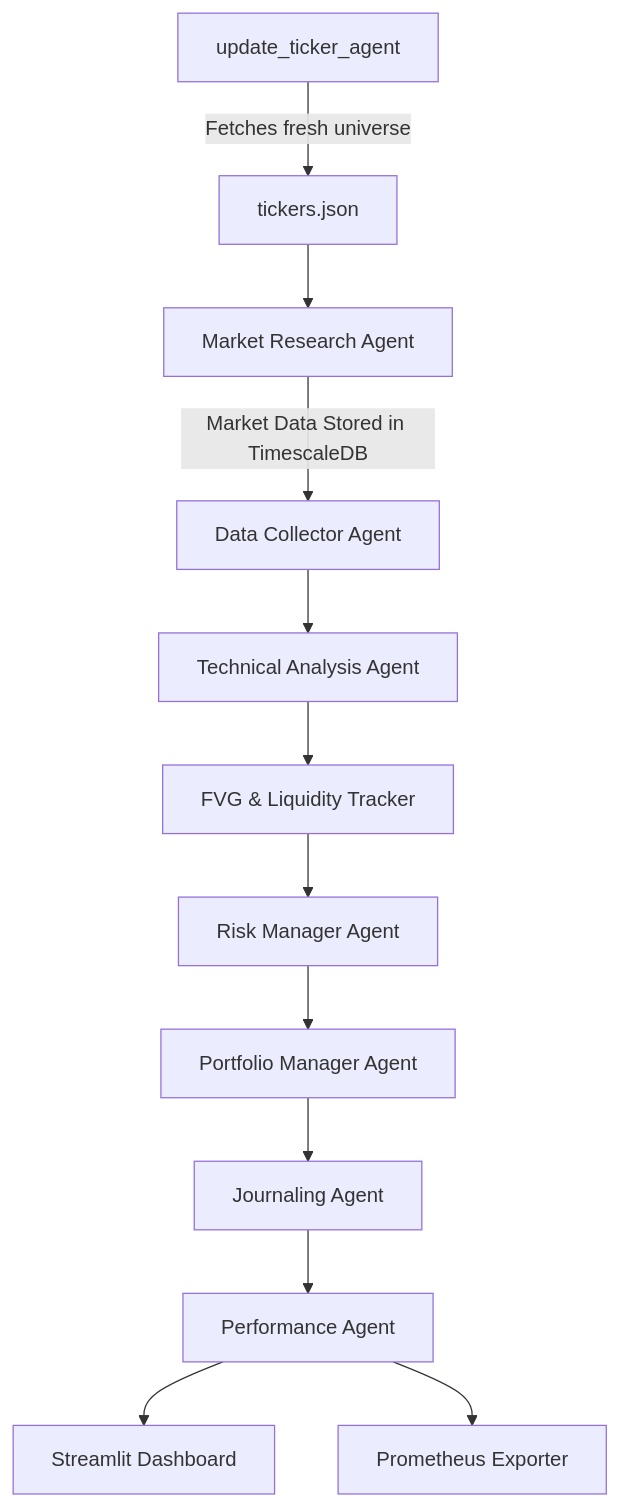
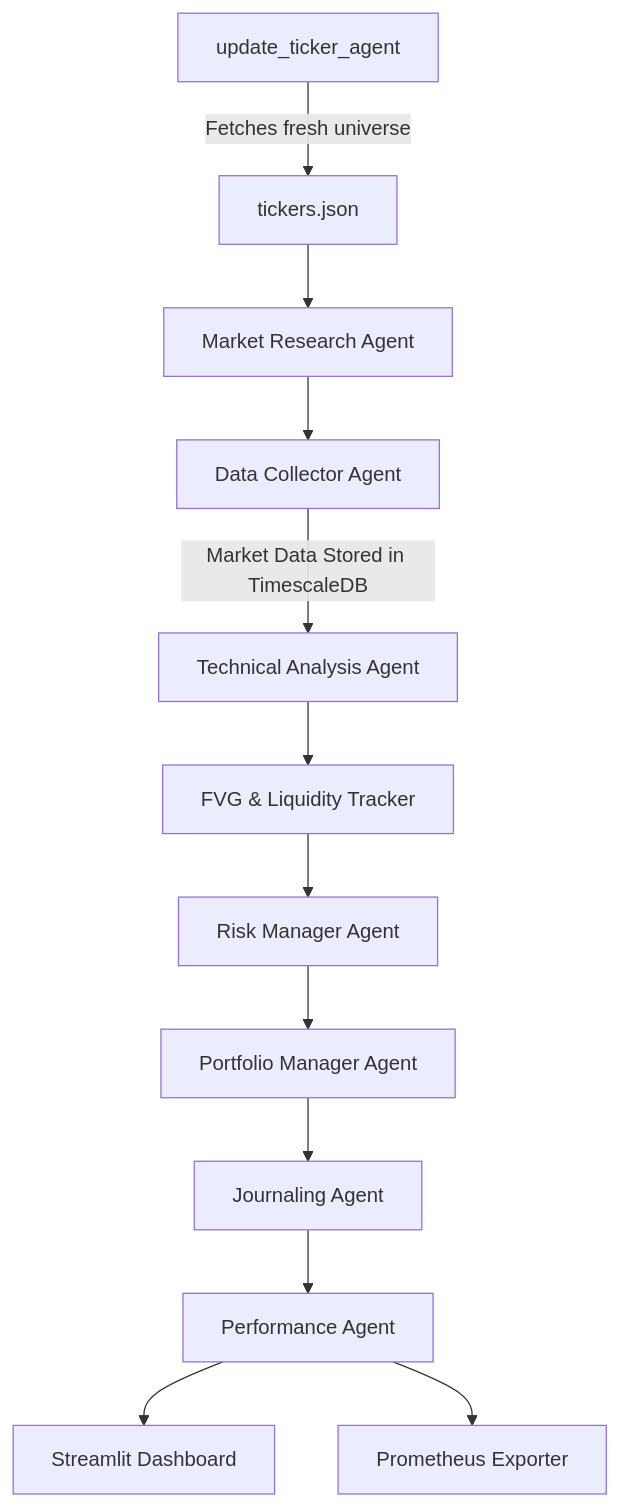
One commit to KaalaAadmi/trading-bot-old changed the diagram in background/og_prd.md. Above: the diagram before and after it, drawn with Mermaid.

Commit message:
fix(prd): fix flow diagram

````diff
--- a/background/og_prd.md
+++ b/background/og_prd.md
@@ -131,13 +131,13 @@
 ```mermaid
 graph TD
 A[update_ticker_agent] -->|Fetches fresh universe| B[tickers.json]
-B --> C[Market Research Agent] -->|Market Data Stored in TimescaleDB| D[Data Collector Agent]
-D --> E[Technical Analysis Agent]
+B --> C[Market Research Agent] --> D[Data Collector Agent]
+D -->|Market Data Stored in TimescaleDB| E[Technical Analysis Agent]
 E --> F[FVG & Liquidity Tracker]
 F --> G[Risk Manager Agent]
 G --> H[Portfolio Manager Agent]
 H --> I[Journaling Agent]
 I --> J[Performance Agent]
 J --> K[Streamlit Dashboard]
 J --> L[Prometheus Exporter]
 ```
````
